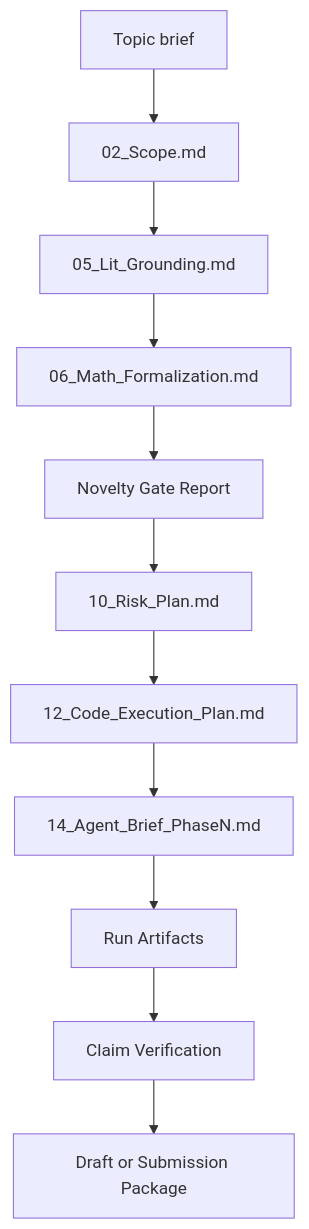
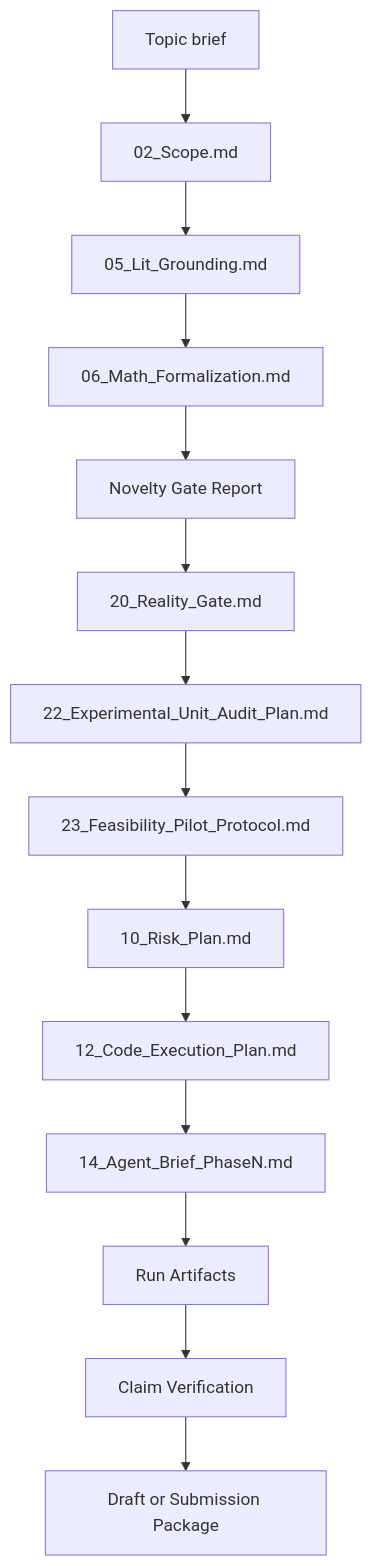
One commit to ngtiendong/Academic-Research-Agent-Skill changed the diagram in docs/visuals/artifact_pipeline.mmd. Above: the diagram before and after it, drawn with Mermaid. The commit also changed 35 other files, not shown here.

Commit message:
update reality gate to not create too fancy plan

```diff
--- a/docs/visuals/artifact_pipeline.mmd
+++ b/docs/visuals/artifact_pipeline.mmd
@@ -1,11 +1,14 @@
 flowchart TD
     T["Topic brief"] --> S["02_Scope.md"]
     S --> L["05_Lit_Grounding.md"]
     L --> M["06_Math_Formalization.md"]
     M --> N["Novelty Gate Report"]
-    N --> R["10_Risk_Plan.md"]
+    N --> G["20_Reality_Gate.md"]
+    G --> U["22_Experimental_Unit_Audit_Plan.md"]
+    U --> P["23_Feasibility_Pilot_Protocol.md"]
+    P --> R["10_Risk_Plan.md"]
     R --> C["12_Code_Execution_Plan.md"]
     C --> B["14_Agent_Brief_PhaseN.md"]
     B --> E["Run Artifacts"]
     E --> V["Claim Verification"]
     V --> D["Draft or Submission Package"]
```
